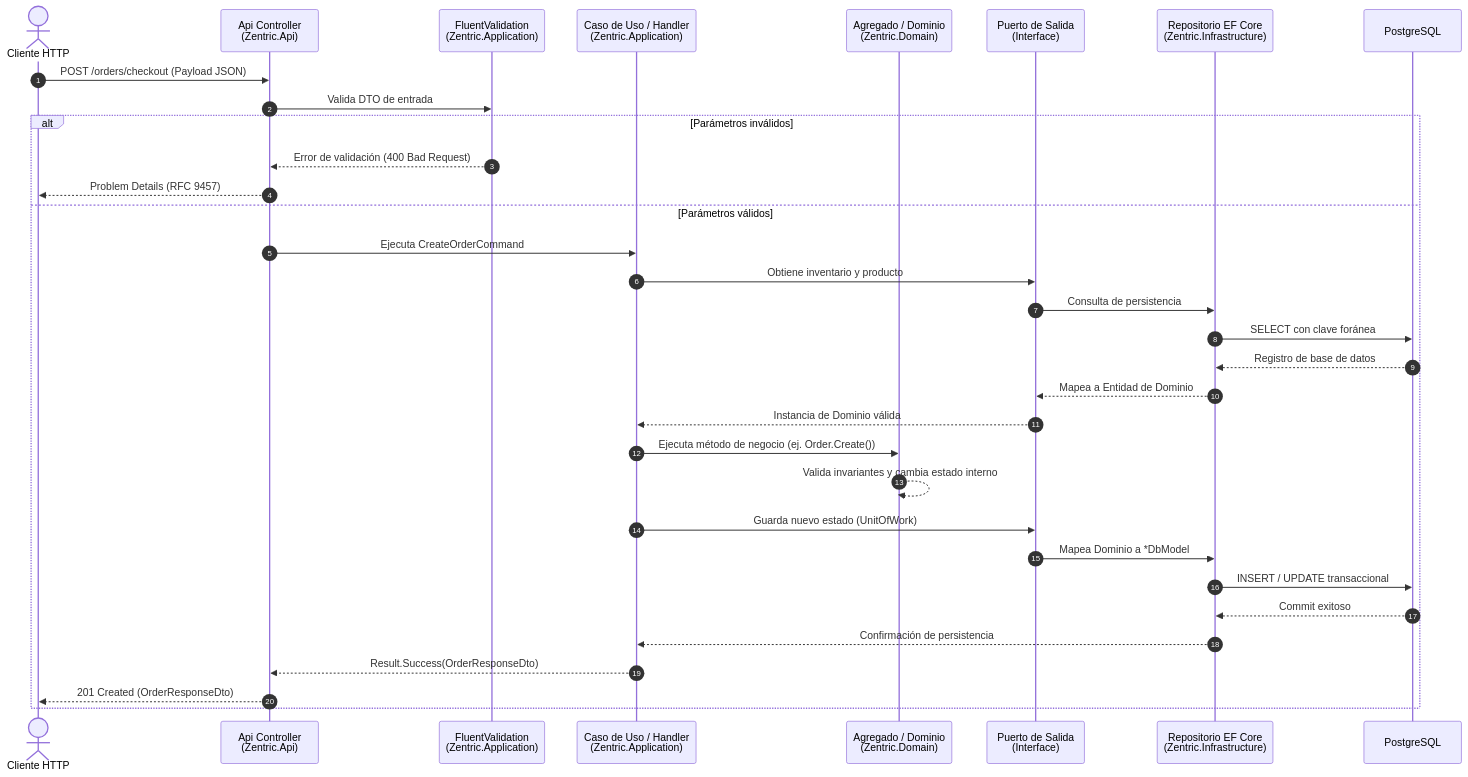
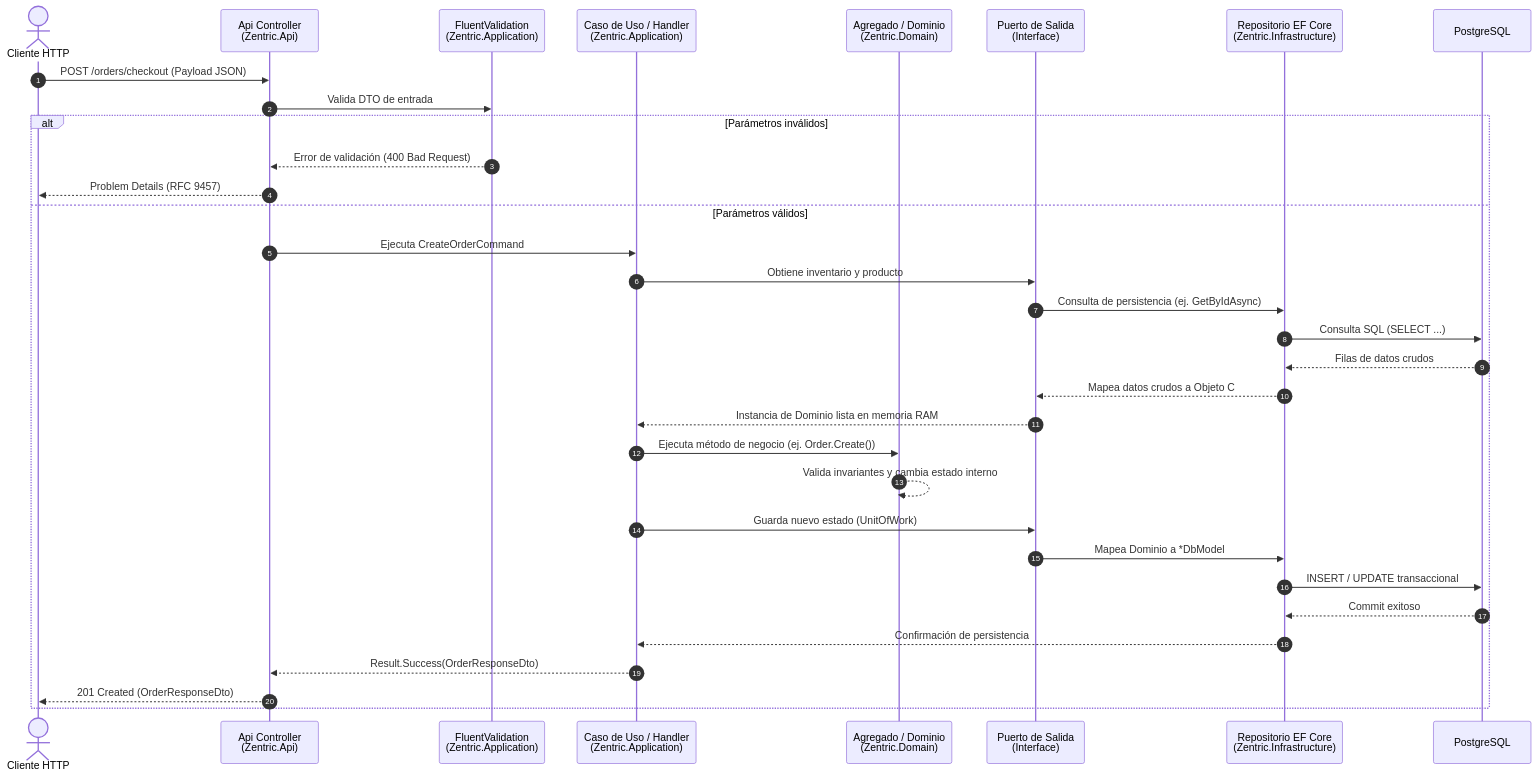
The second of 2 diagrams in backendSDD/02-software-architecture.md (D-MachadoDev/Zentric), drawn with Mermaid before and after one commit. The commit also changed other lines of this file, not shown here.

Commit message:
docs(sdd): remove status audit table and refine sequence diagram labels

````diff
--- a/backendSDD/02-software-architecture.md
+++ b/backendSDD/02-software-architecture.md
@@ -147,36 +147,36 @@
 ```mermaid
 sequenceDiagram
     autonumber
     actor Comprador as Cliente HTTP
     participant API as Api Controller<br/>(Zentric.Api)
     participant VAL as FluentValidation<br/>(Zentric.Application)
     participant APP as Caso de Uso / Handler<br/>(Zentric.Application)
     participant DOM as Agregado / Dominio<br/>(Zentric.Domain)
     participant PORT as Puerto de Salida<br/>(Interface)
     participant ADAPT as Repositorio EF Core<br/>(Zentric.Infrastructure)
     participant DB as PostgreSQL
 
     Comprador->>API: POST /orders/checkout (Payload JSON)
     API->>VAL: Valida DTO de entrada
     alt Parámetros inválidos
         VAL-->>API: Error de validación (400 Bad Request)
         API-->>Comprador: Problem Details (RFC 9457)
     else Parámetros válidos
         API->>APP: Ejecuta CreateOrderCommand
         APP->>PORT: Obtiene inventario y producto
-        PORT->>ADAPT: Consulta de persistencia
-        ADAPT->>DB: SELECT con clave foránea
-        DB-->>ADAPT: Registro de base de datos
-        ADAPT-->>PORT: Mapea a Entidad de Dominio
-        PORT-->>APP: Instancia de Dominio válida
+        PORT->>ADAPT: Consulta de persistencia (ej. GetByIdAsync)
+        ADAPT->>DB: Consulta SQL (SELECT ...)
+        DB-->>ADAPT: Filas de datos crudos
+        ADAPT-->>PORT: Mapea datos crudos a Objeto C#
+        PORT-->>APP: Instancia de Dominio lista en memoria RAM
         APP->>DOM: Ejecuta método de negocio (ej. Order.Create())
         DOM-->>DOM: Valida invariantes y cambia estado interno
         APP->>PORT: Guarda nuevo estado (UnitOfWork)
         PORT->>ADAPT: Mapea Dominio a *DbModel
         ADAPT->>DB: INSERT / UPDATE transaccional
         DB-->>ADAPT: Commit exitoso
         ADAPT-->>APP: Confirmación de persistencia
         APP-->>API: Result.Success(OrderResponseDto)
         API-->>Comprador: 201 Created (OrderResponseDto)
     end
 ```
````
